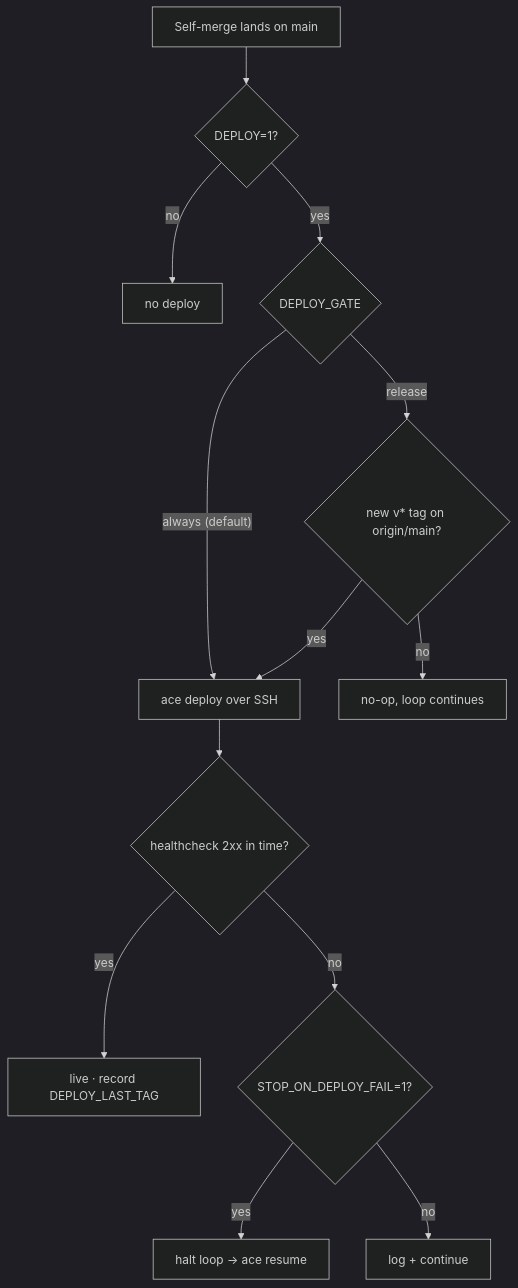
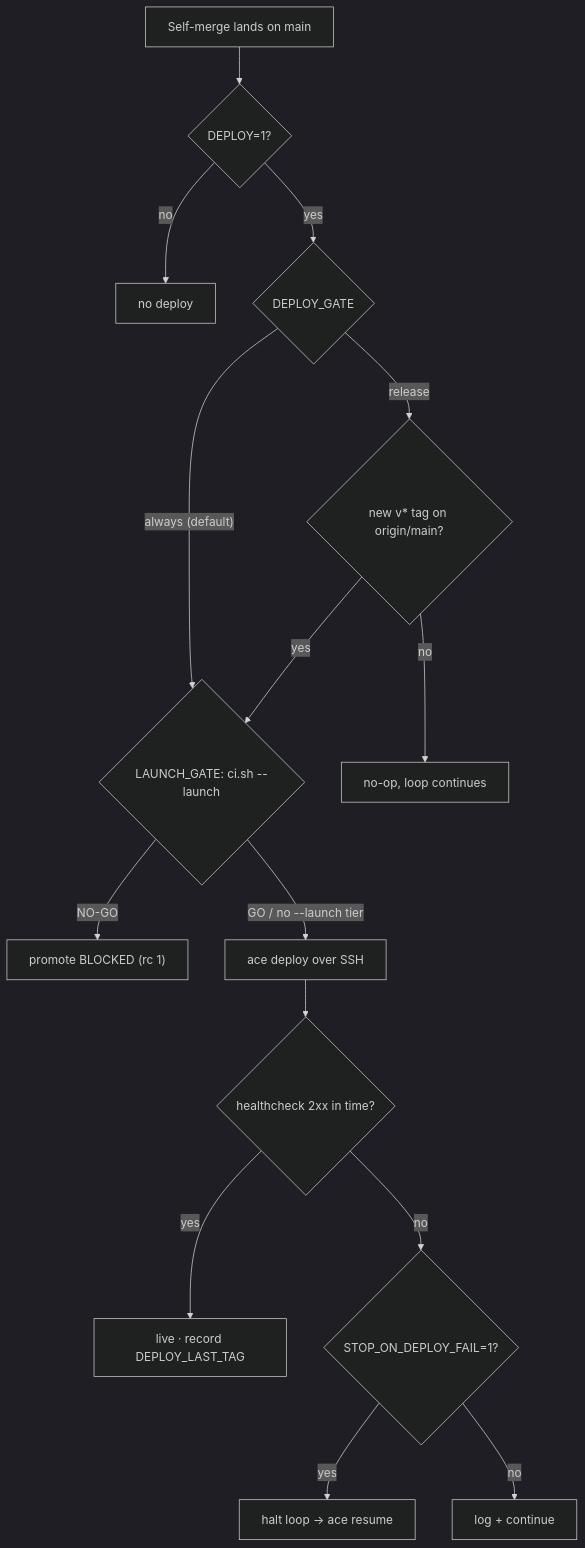
The diagram in docs/deploy.md (buagi/ace), drawn with Mermaid (dark theme) before and after one commit. The commit also changed other lines of this file and 19 other files, not shown here.

````diff
--- a/docs/deploy.md
+++ b/docs/deploy.md
@@ -17,15 +17,17 @@
 ```mermaid
 flowchart TD
   M[Self-merge lands on main] --> D{"DEPLOY=1?"}
   D -- no --> X[no deploy]
   D -- yes --> G{"DEPLOY_GATE"}
-  G -- "always (default)" --> S["ace deploy over SSH"]
+  G -- "always (default)" --> L
   G -- release --> T{"new v* tag on origin/main?"}
   T -- no --> N[no-op, loop continues]
-  T -- yes --> S
+  T -- yes --> L
+  L{"LAUNCH_GATE: ci.sh --launch"} -- "NO-GO" --> B["promote BLOCKED (rc 1)"]
+  L -- "GO / no --launch tier" --> S["ace deploy over SSH"]
   S --> H{"healthcheck 2xx in time?"}
   H -- yes --> OK["live · record DEPLOY_LAST_TAG"]
   H -- no --> F{"STOP_ON_DEPLOY_FAIL=1?"}
   F -- yes --> HALT["halt loop → ace resume"]
   F -- no --> C[log + continue]
 ```
````
